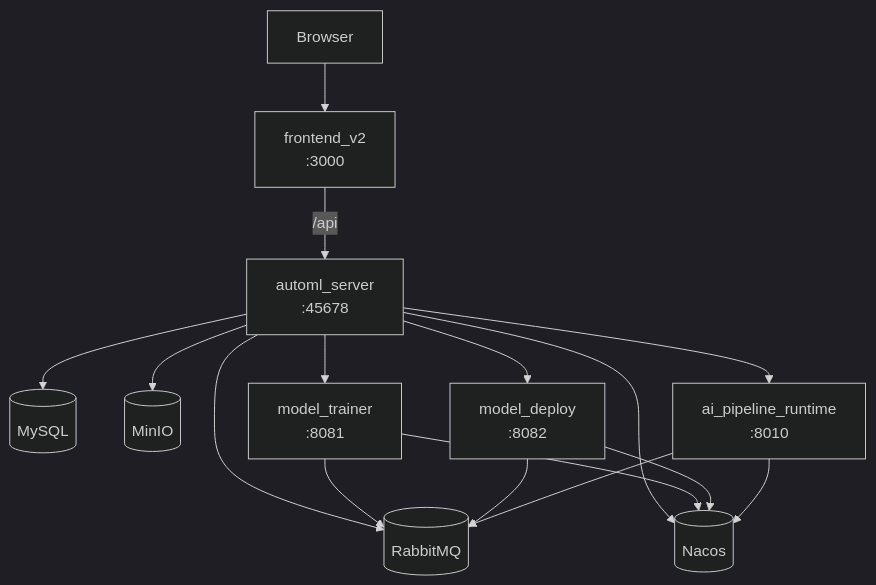
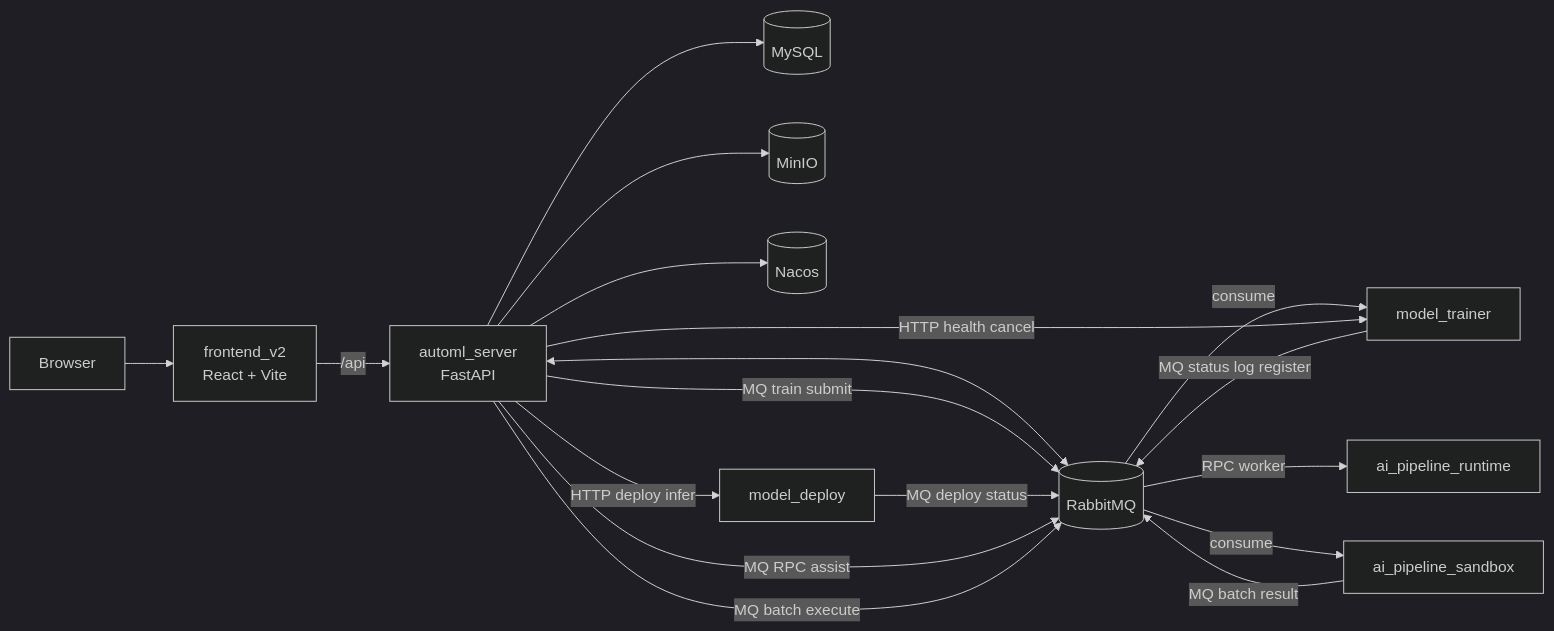
The diagram in README.md (AI-change-the-world/auto_ml), drawn with Mermaid (dark theme) before and after one commit. The commit also changed other lines of this file and 8 other files, not shown here.

````diff
--- a/README.md
+++ b/README.md
@@ -32,20 +20,25 @@
 ```mermaid
-flowchart TB
-    B[Browser] --> F[frontend_v2\n:3000]
-    F -->|/api| S[automl_server\n:45678]
+flowchart LR
+    browser[Browser] --> frontend[frontend_v2\nReact + Vite]
+    frontend -->|/api| server[automl_server\nFastAPI]
 
-    S --> DB[(MySQL)]
-    S --> M[(MinIO)]
-    S --> Q[(RabbitMQ)]
-    S --> N[(Nacos)]
-    S --> T[model_trainer\n:8081]
-    S --> D[model_deploy\n:8082]
-    S --> A[ai_pipeline_runtime\n:8010]
+    server --> mysql[(MySQL)]
+    server --> minio[(MinIO)]
+    server --> nacos[(Nacos)]
+    server <--> rabbit[(RabbitMQ)]
 
-    T --> Q
-    D --> Q
-    A --> Q
-    T --> N
-    D --> N
-    A --> N
+    server -->|MQ train submit| rabbit
+    rabbit -->|consume| trainer[model_trainer]
+    trainer -->|MQ status log register| rabbit
+    server -->|HTTP health cancel| trainer
+
+    server -->|HTTP deploy infer| deploy[model_deploy]
+    deploy -->|MQ deploy status| rabbit
+
+    server -->|MQ RPC assist| rabbit
+    rabbit -->|RPC worker| runtime[ai_pipeline_runtime]
+
+    server -->|MQ batch execute| rabbit
+    rabbit -->|consume| sandbox[ai_pipeline_sandbox]
+    sandbox -->|MQ batch result| rabbit
 ```
````
